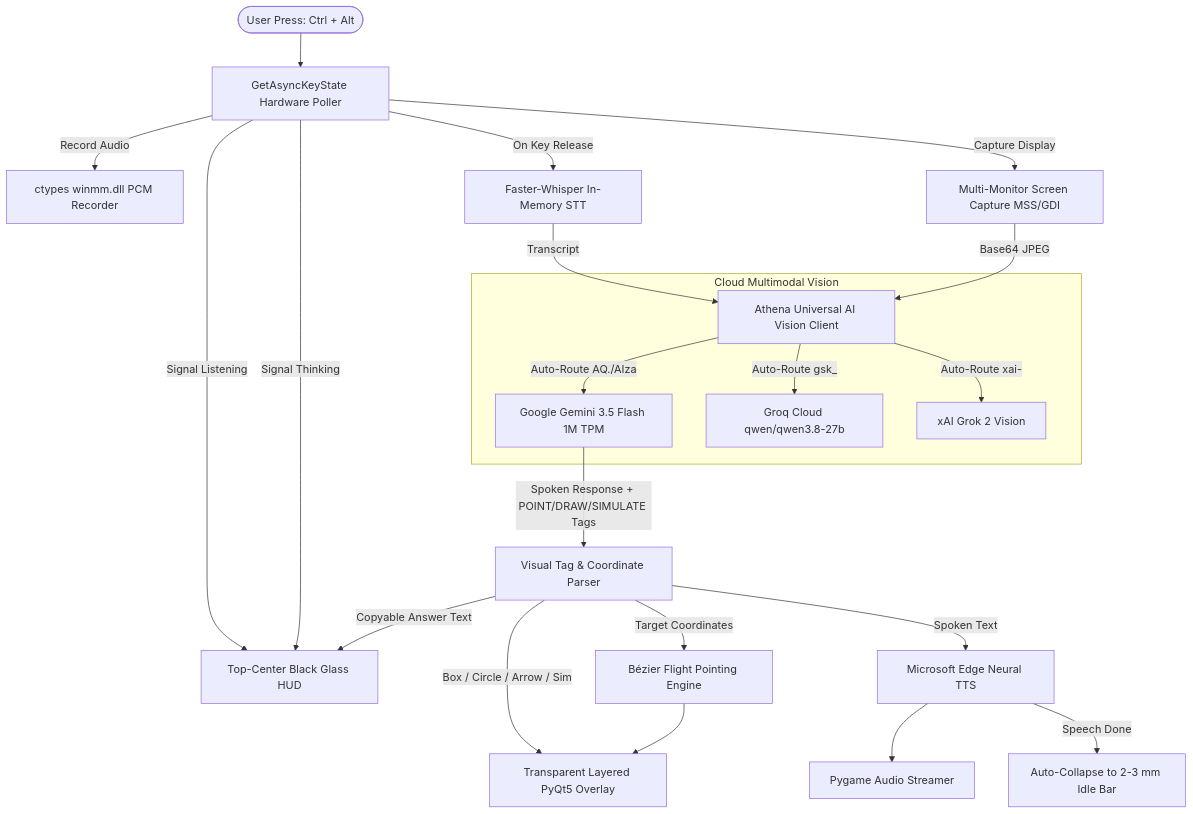
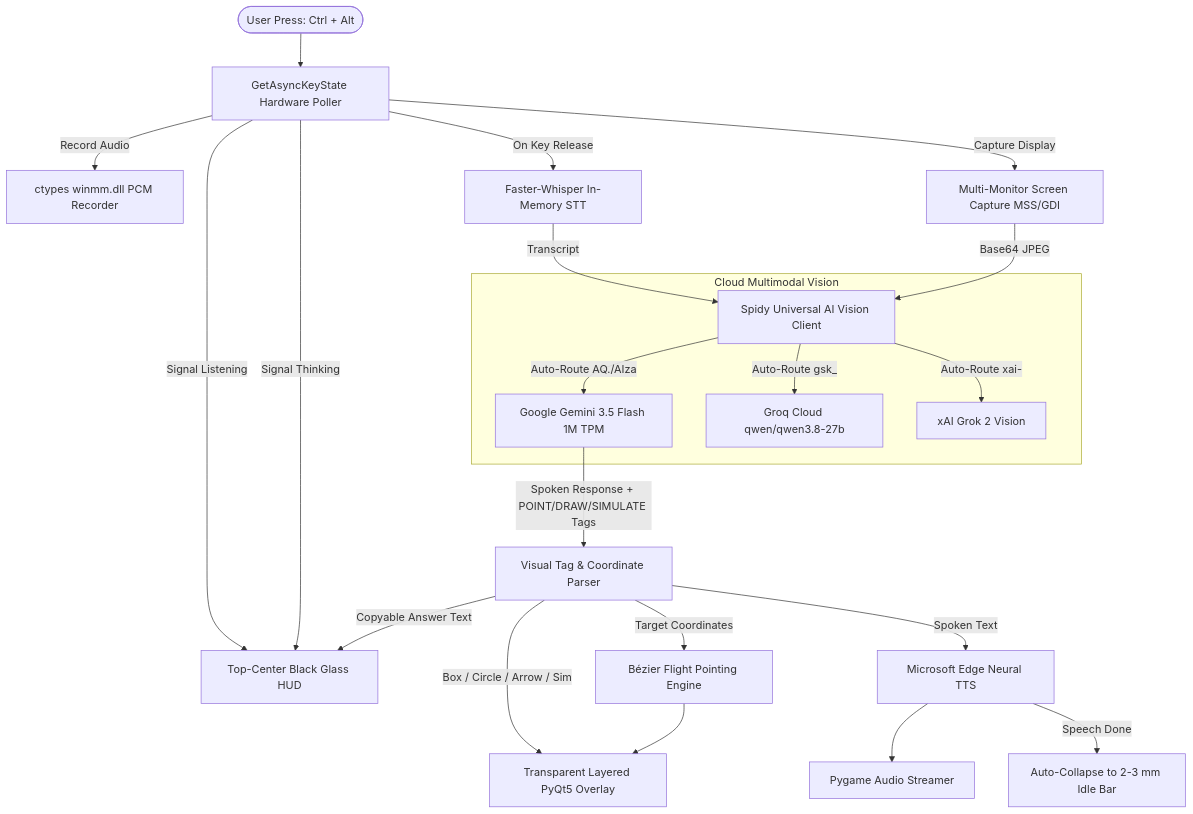
The diagram in README.md (Charukhesh/spidy), drawn with Mermaid before and after one commit. The commit also changed other lines of this file and 36 other files, not shown here.

Commit message:
Rebrand entire codebase from Athena to Spidy: package rename to spidy, documentation, tests, and configuration

````diff
--- a/README.md
+++ b/README.md
@@ -43,29 +43,29 @@
 ```mermaid
 flowchart TD
     User([User Press: Ctrl + Alt]) --> Hotkey[GetAsyncKeyState Hardware Poller]
     Hotkey -->|Record Audio| Rec[ctypes winmm.dll PCM Recorder]
     Hotkey -->|Signal Listening| HUD[Top-Center Black Glass HUD]
     Hotkey -->|On Key Release| STT[Faster-Whisper In-Memory STT]
     Hotkey -->|Capture Display| Screen[Multi-Monitor Screen Capture MSS/GDI]
     Hotkey -->|Signal Thinking| HUD
     
-    STT -->|Transcript| AI[Athena Universal AI Vision Client]
+    STT -->|Transcript| AI[Spidy Universal AI Vision Client]
     Screen -->|Base64 JPEG| AI
     
     subgraph Cloud Multimodal Vision
         AI -->|Auto-Route AQ./AIza| Gemini[Google Gemini 3.5 Flash 1M TPM]
         AI -->|Auto-Route gsk_| Groq[Groq Cloud qwen/qwen3.8-27b]
         AI -->|Auto-Route xai-| Grok[xAI Grok 2 Vision]
     end
     
     Gemini -->|Spoken Response + POINT/DRAW/SIMULATE Tags| Parser[Visual Tag & Coordinate Parser]
     
     Parser -->|Copyable Answer Text| HUD
     Parser -->|Box / Circle / Arrow / Sim| Overlay[Transparent Layered PyQt5 Overlay]
     Parser -->|Target Coordinates| Flight[Bézier Flight Pointing Engine]
     Flight --> Overlay
     
     Parser -->|Spoken Text| TTS[Microsoft Edge Neural TTS]
     TTS --> Audio[Pygame Audio Streamer]
     TTS -->|Speech Done| HUDCollapse[Auto-Collapse to 2-3 mm Idle Bar]
 ```
````
